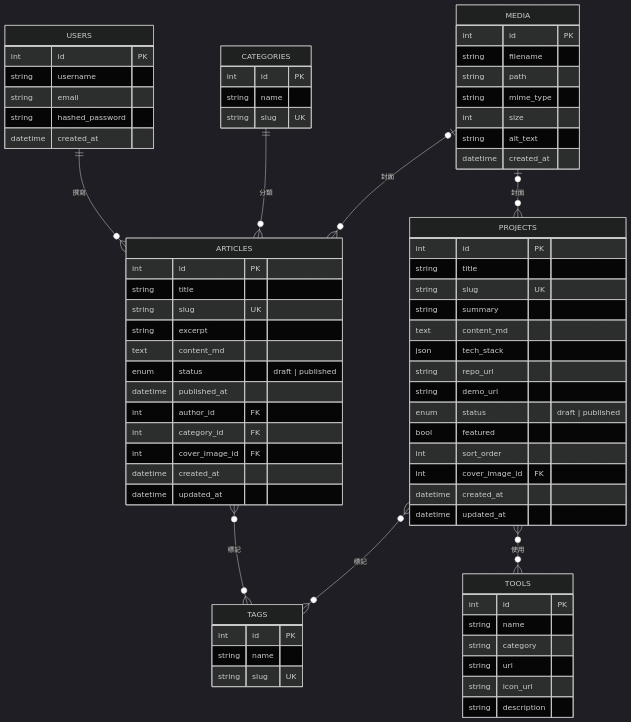
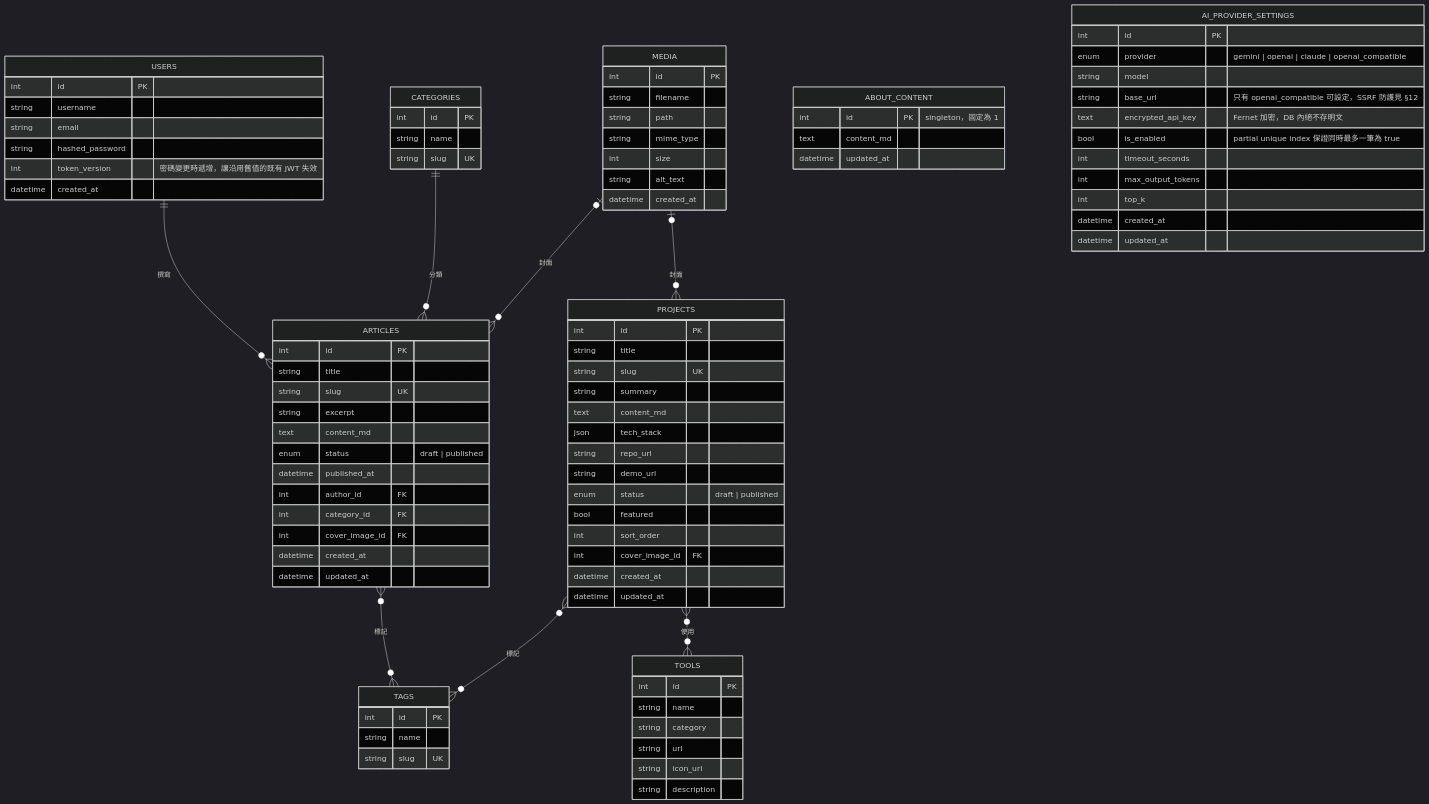
The second of 10 diagrams in require_docs/系統規格書V2.md (leo031523/website), drawn with Mermaid (dark theme) before and after one commit. The commit also changed other lines of this file and 13 other files, not shown here.

First line of the commit message:
Phase 4：作品展示強化（截圖、ER 圖、AI 流程圖、技術決策紀錄）

````diff
--- a/require_docs/系統規格書V2.md
+++ b/require_docs/系統規格書V2.md
@@ -329,6 +329,7 @@
         string username
         string email
         string hashed_password
+        int token_version "密碼變更時遞增，讓沿用舊值的既有 JWT 失效"
         datetime created_at
     }
     ARTICLES {
@@ -388,4 +389,22 @@
         string alt_text
         datetime created_at
     }
+    ABOUT_CONTENT {
+        int id PK "singleton，固定為 1"
+        text content_md
+        datetime updated_at
+    }
+    AI_PROVIDER_SETTINGS {
+        int id PK
+        enum provider "gemini | openai | claude | openai_compatible"
+        string model
+        string base_url "只有 openai_compatible 可設定，SSRF 防護見 §12"
+        text encrypted_api_key "Fernet 加密，DB 內絕不存明文"
+        bool is_enabled "partial unique index 保證同時最多一筆為 true"
+        int timeout_seconds
+        int max_output_tokens
+        int top_k
+        datetime created_at
+        datetime updated_at
+    }
 ```
````
